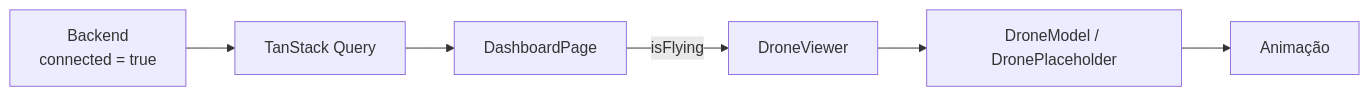
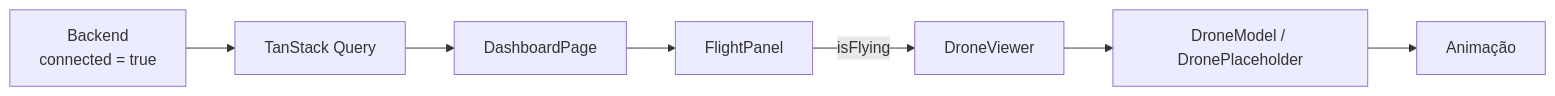
One commit to jmetrimiranda/fly_hub_system-front_end- changed the first of 2 diagrams in docs/drone-3d.md. Above: the diagram before and after it, drawn with Mermaid. The commit also changed other lines of this file and 29 other files, not shown here.

````diff
--- a/docs/drone-3d.md
+++ b/docs/drone-3d.md
@@ -20,8 +20,9 @@
 ```mermaid
 flowchart LR
     be["Backend<br/>connected = true"] --> q["TanStack Query"]
     q --> page["DashboardPage"]
-    page -->|isFlying| v["DroneViewer"]
+    page --> fp["FlightPanel"]
+    fp -->|isFlying| v["DroneViewer"]
     v --> m["DroneModel / DronePlaceholder"]
     m --> anim["Animação"]
 ```
````
